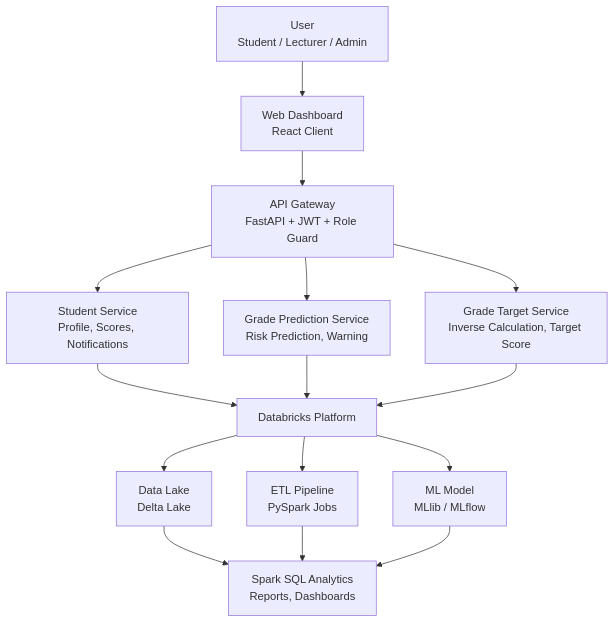
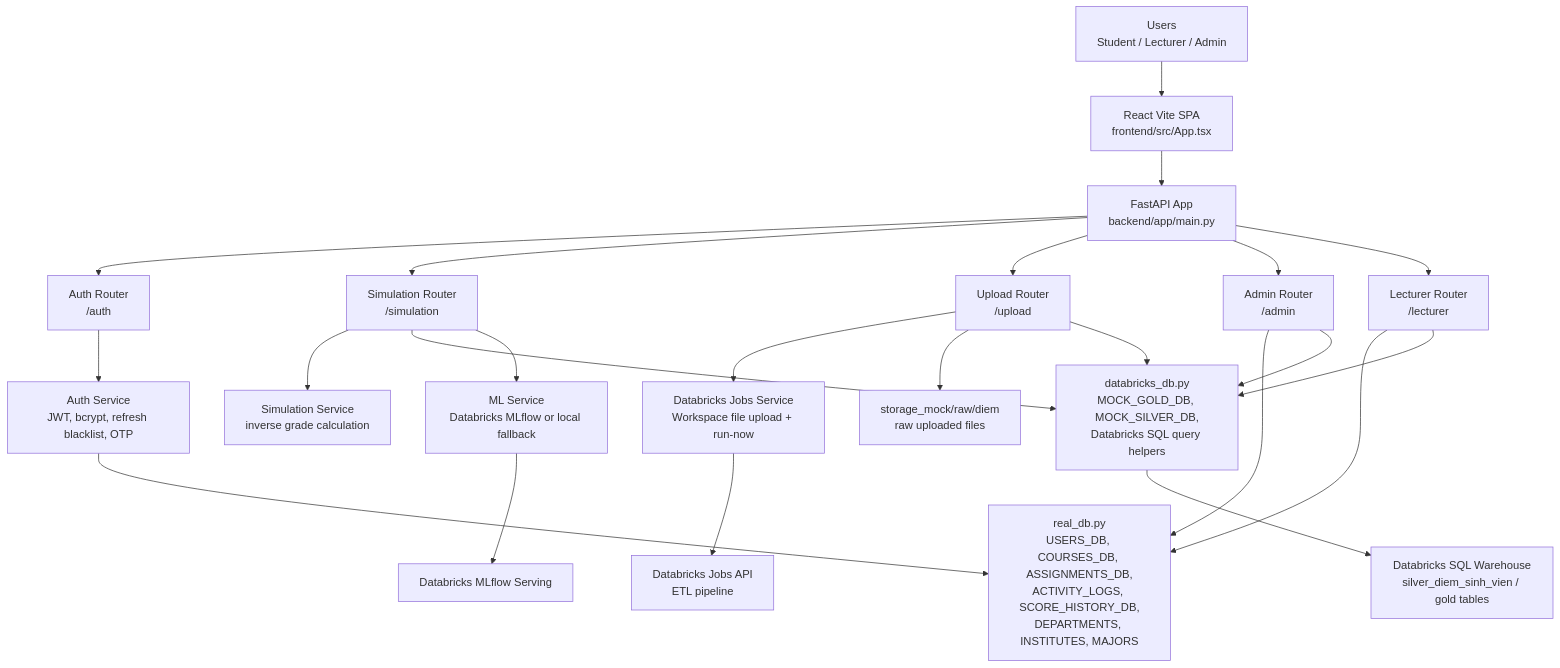
One commit to mangcutxinh/Smart-GPA changed the first of 8 diagrams in proposal.md. Above: the diagram before and after it, drawn with Mermaid. The commit also changed other lines of this file, not shown here.

Commit message:
doc: update proposal.md with team details and architecture details

````diff
--- a/proposal.md
+++ b/proposal.md
@@ -102,33 +93,41 @@
 ```mermaid
 flowchart TD
-    User["User<br/>Student / Lecturer / Admin"]
-    Web["Web Dashboard<br/>React Client"]
-    Gateway["API Gateway<br/>FastAPI + JWT + Role Guard"]
+    U["Users<br/>Student / Lecturer / Admin"]
+    FE["React Vite SPA<br/>frontend/src/App.tsx"]
+    API["FastAPI App<br/>backend/app/main.py"]
 
-    StudentSvc["Student Service<br/>Profile, Scores, Notifications"]
-    PredictionSvc["Grade Prediction Service<br/>Risk Prediction, Warning"]
-    TargetSvc["Grade Target Service<br/>Inverse Calculation, Target Score"]
+    Auth["Auth Router<br/>/auth"]
+    Sim["Simulation Router<br/>/simulation"]
+    Upload["Upload Router<br/>/upload"]
+    Admin["Admin Router<br/>/admin"]
+    Lecturer["Lecturer Router<br/>/lecturer"]
 
-    Databricks["Databricks Platform"]
-    Lake["Data Lake<br/>Delta Lake"]
-    ETL["ETL Pipeline<br/>PySpark Jobs"]
-    ML["ML Model<br/>MLlib / MLflow"]
-    SQL["Spark SQL Analytics<br/>Reports, Dashboards"]
+    AuthSvc["Auth Service<br/>JWT, bcrypt, refresh blacklist, OTP"]
+    SimSvc["Simulation Service<br/>inverse grade calculation"]
+    MLSvc["ML Service<br/>Databricks MLflow or local fallback"]
+    JobsSvc["Databricks Jobs Service<br/>Workspace file upload + run-now"]
 
-    User --> Web --> Gateway
-    Gateway --> StudentSvc
-    Gateway --> PredictionSvc
-    Gateway --> TargetSvc
+    RealDB["real_db.py<br/>USERS_DB, COURSES_DB, ASSIGNMENTS_DB,<br/>ACTIVITY_LOGS, SCORE_HISTORY_DB,<br/>DEPARTMENTS, INSTITUTES, MAJORS"]
+    DbrDB["databricks_db.py<br/>MOCK_GOLD_DB, MOCK_SILVER_DB,<br/>Databricks SQL query helpers"]
+    Storage["storage_mock/raw/diem<br/>raw uploaded files"]
+    DbrSQL["Databricks SQL Warehouse<br/>silver_diem_sinh_vien / gold tables"]
+    DbrJobs["Databricks Jobs API<br/>ETL pipeline"]
+    ML["Databricks MLflow Serving"]
 
-    StudentSvc --> Databricks
-    PredictionSvc --> Databricks
-    TargetSvc --> Databricks
+    U --> FE --> API
+    API --> Auth --> AuthSvc --> RealDB
+    API --> Sim --> SimSvc
+    Sim --> DbrDB
+    Sim --> MLSvc
+    API --> Upload --> JobsSvc
+    Upload --> Storage
+    Upload --> DbrDB
+    API --> Admin --> RealDB
+    Admin --> DbrDB
+    API --> Lecturer --> RealDB
+    Lecturer --> DbrDB
 
-    Databricks --> Lake
-    Databricks --> ETL
-    Databricks --> ML
-
-    Lake --> SQL
-    ETL --> SQL
-    ML --> SQL
+    DbrDB --> DbrSQL
+    JobsSvc --> DbrJobs
+    MLSvc --> ML
 ```
````
